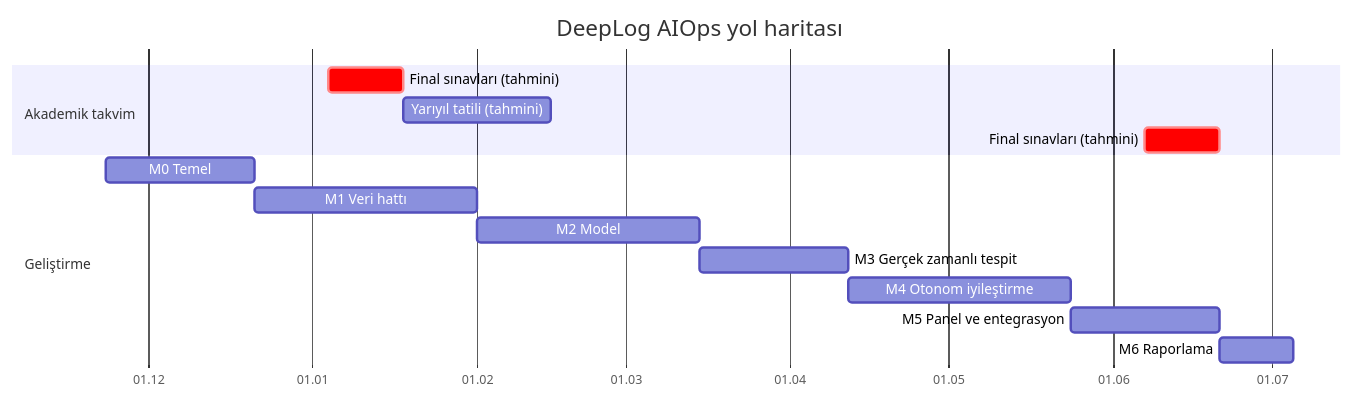
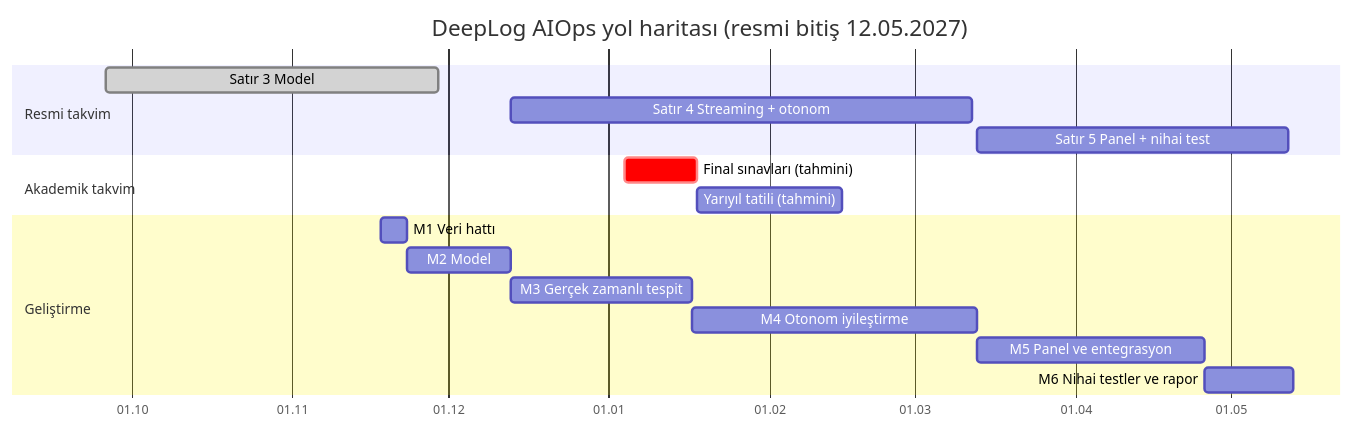
One commit to ardagonca/deeplog-aiops changed the diagram in docs/02-yol-haritasi.md. Above: the diagram before and after it, drawn with Mermaid. The commit also changed other lines of this file and 5 other files, not shown here.

````diff
--- a/docs/02-yol-haritasi.md
+++ b/docs/02-yol-haritasi.md
@@ -22,18 +31,20 @@
 ```mermaid
 gantt
-  title DeepLog AIOps yol haritası
+  title DeepLog AIOps yol haritası (resmi bitiş 12.05.2027)
   dateFormat YYYY-MM-DD
   axisFormat %d.%m
+  section Resmi takvim
+  Satır 3 Model                 :done, r3, 2026-09-26, 2026-11-29
+  Satır 4 Streaming + otonom    :r4, 2026-12-13, 2027-03-12
+  Satır 5 Panel + nihai test    :r5, 2027-03-13, 2027-05-12
   section Akademik takvim
   Final sınavları (tahmini)     :crit, 2027-01-04, 14d
   Yarıyıl tatili (tahmini)      :2027-01-18, 28d
-  Final sınavları (tahmini)     :crit, 2027-06-07, 14d
   section Geliştirme
-  M0 Temel                      :m0, 2026-11-23, 28d
-  M1 Veri hattı                 :m1, after m0, 42d
-  M2 Model                      :m2, after m1, 42d
-  M3 Gerçek zamanlı tespit      :m3, after m2, 28d
-  M4 Otonom iyileştirme         :m4, after m3, 42d
-  M5 Panel ve entegrasyon       :m5, after m4, 28d
-  M6 Raporlama                  :m6, after m5, 14d
+  M1 Veri hattı                 :m1, 2026-11-18, 5d
+  M2 Model                      :m2, 2026-11-23, 20d
+  M3 Gerçek zamanlı tespit      :m3, after m2, 35d
+  M4 Otonom iyileştirme         :m4, after m3, 55d
+  M5 Panel ve entegrasyon       :m5, after m4, 44d
+  M6 Nihai testler ve rapor     :m6, after m5, 17d
 ```
````
